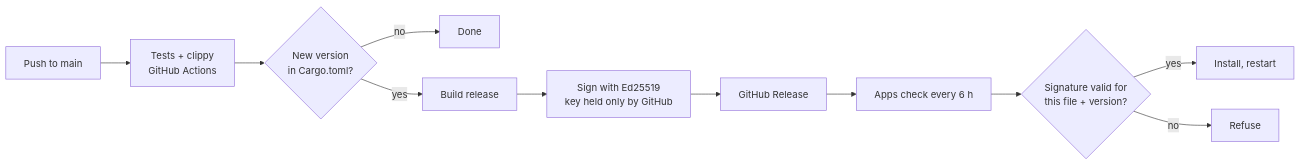
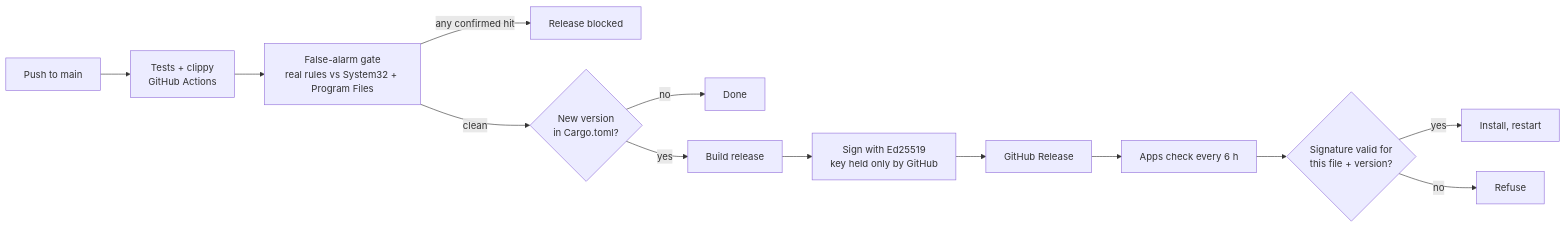
Before and after one commit to memegyanfactory-gif/hexward: the second of 2 diagrams in README.md, drawn with Mermaid. The commit also changed other lines of this file and 18 other files, not shown here.

First line of the commit message:
Real-time shields, scan cache and a false-alarm gate

````diff
--- a/README.md
+++ b/README.md
@@ -161,13 +173,15 @@
 ```mermaid
 flowchart LR
     P[Push to main] --> T[Tests + clippy<br/>GitHub Actions]
-    T --> V{New version<br/>in Cargo.toml?}
+    T --> G[False-alarm gate<br/>real rules vs System32 + Program Files]
+    G -- any confirmed hit --> F[Release blocked]
+    G -- clean --> V{New version<br/>in Cargo.toml?}
     V -- no --> D[Done]
     V -- yes --> B[Build release]
     B --> S[Sign with Ed25519<br/>key held only by GitHub]
     S --> R[GitHub Release]
     R --> A[Apps check every 6 h]
     A --> C{Signature valid for<br/>this file + version?}
     C -- yes --> I[Install, restart]
     C -- no --> X[Refuse]
 ```
````
